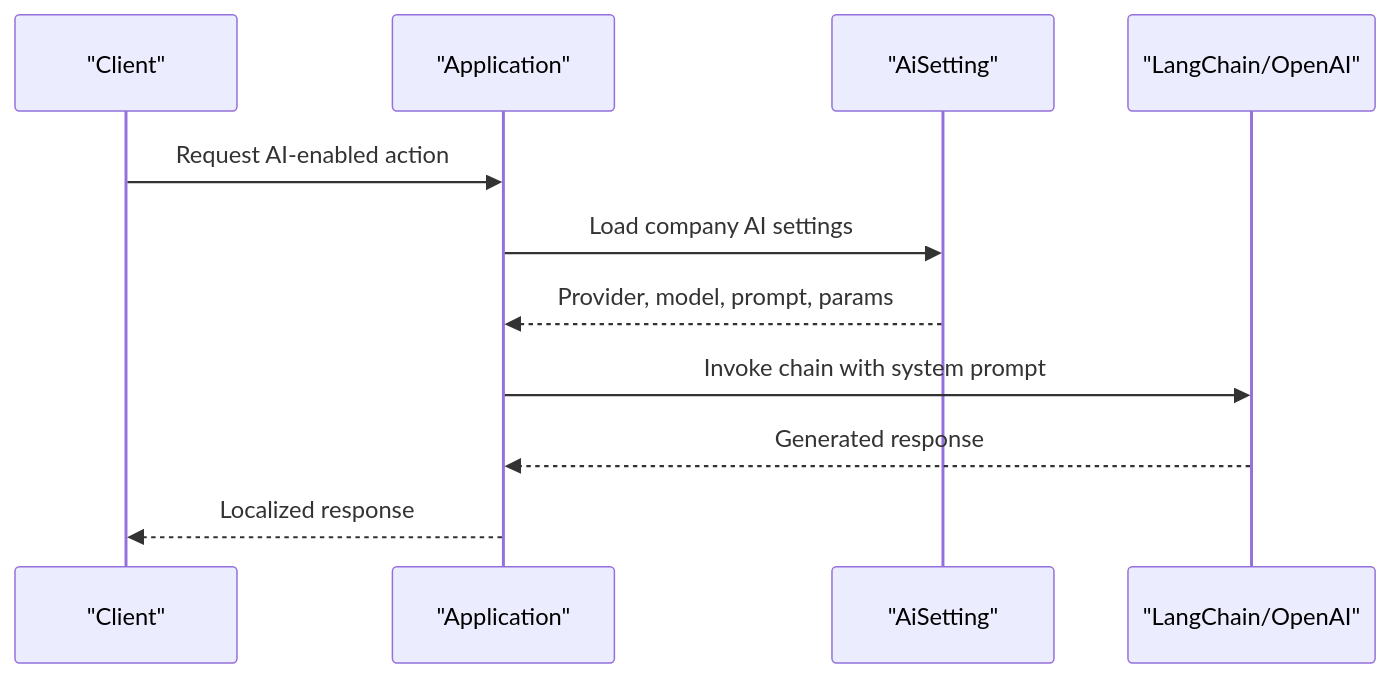
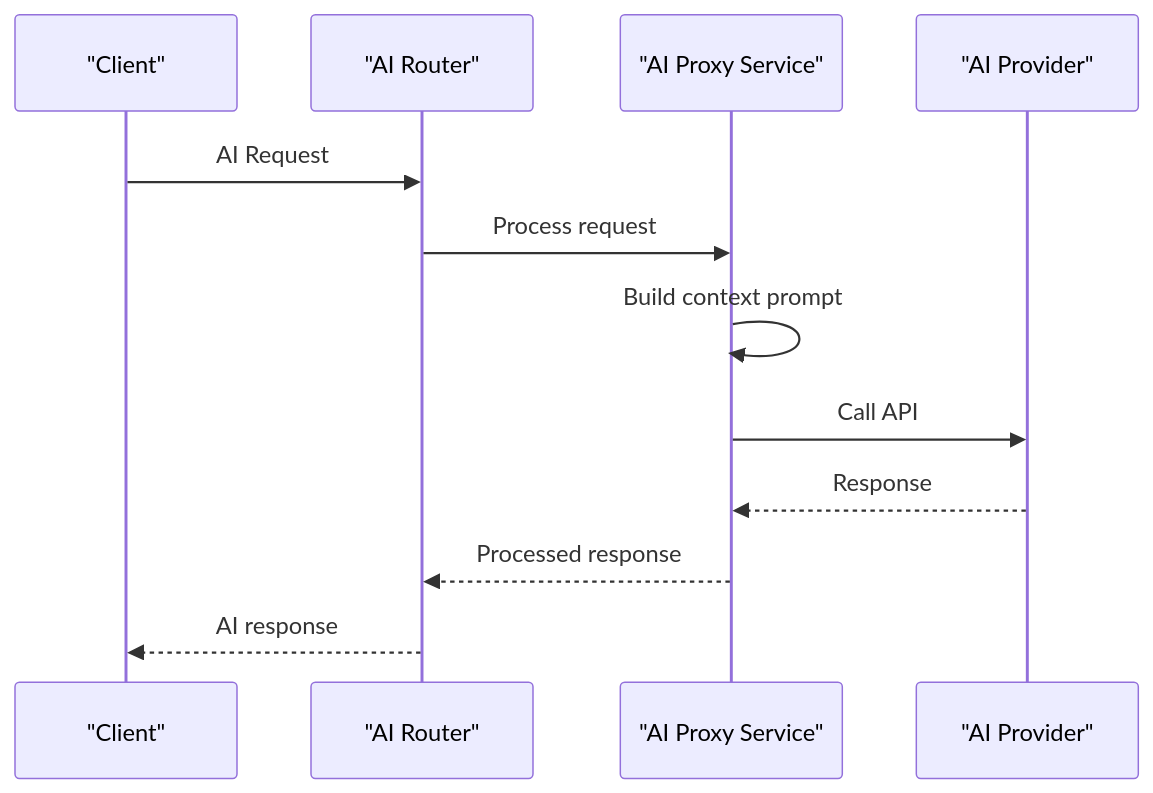
Before and after one commit to bikinaplikasipakeqoder-dot/payroll-hris: the fourth of 6 diagrams in .qoder/repowiki/en/content/Integration & Localization.md, drawn with Mermaid. The commit also changed other lines of this file and 22 other files, not shown here.

````diff
--- a/.qoder/repowiki/en/content/Integration & Localization.md
+++ b/.qoder/repowiki/en/content/Integration & Localization.md
@@ -201,13 +287,14 @@
 ```mermaid
 sequenceDiagram
 participant Client as "Client"
-participant App as "Application"
-participant AI as "AiSetting"
-participant LLM as "LangChain/OpenAI"
-Client->>App : Request AI-enabled action
-App->>AI : Load company AI settings
-AI-->>App : Provider, model, prompt, params
-App->>LLM : Invoke chain with system prompt
-LLM-->>App : Generated response
-App-->>Client : Localized response
+participant Router as "AI Router"
+participant Service as "AI Proxy Service"
+participant Provider as "AI Provider"
+Client->>Router : AI Request
+Router->>Service : Process request
+Service->>Service : Build context prompt
+Service->>Provider : Call API
+Provider-->>Service : Response
+Service-->>Router : Processed response
+Router-->>Client : AI response
 ```
````
